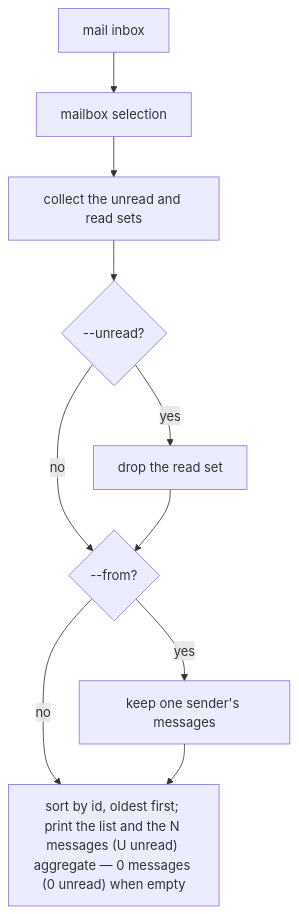
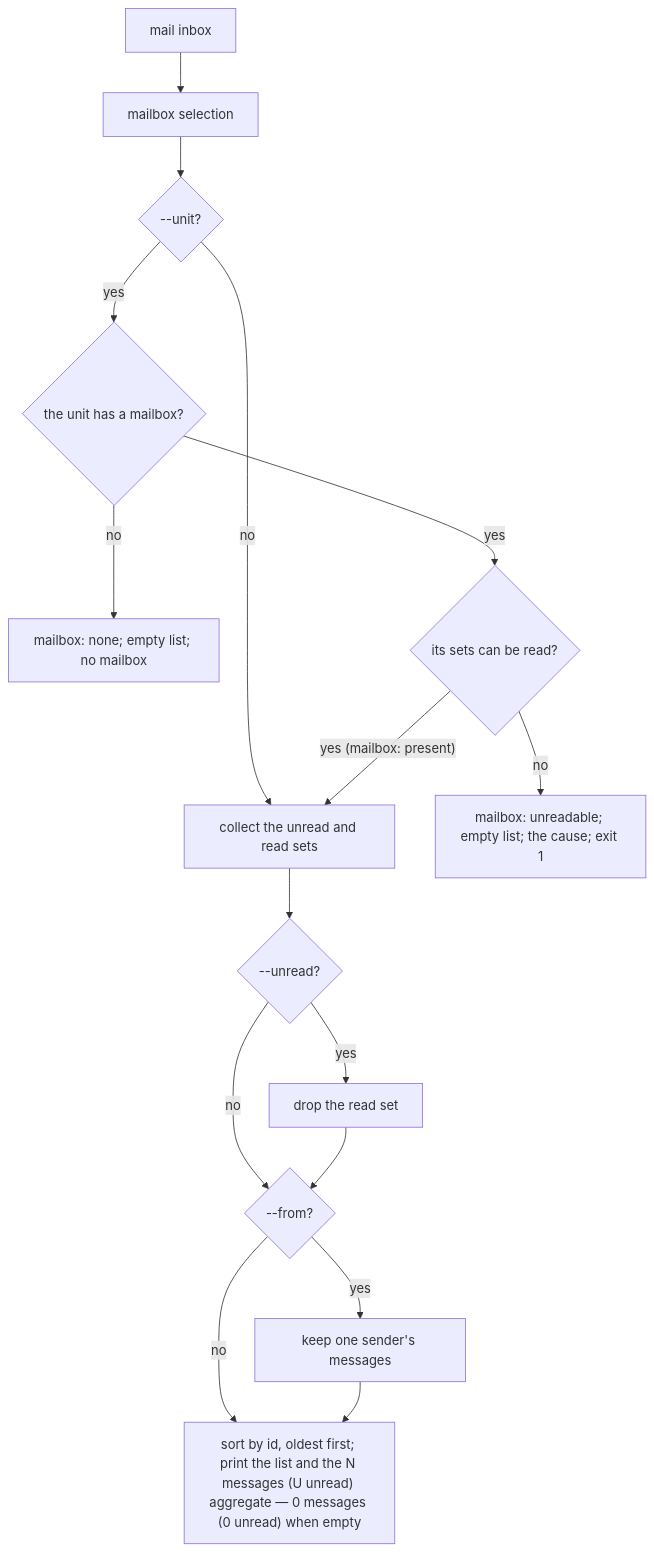
The third of 6 diagrams in packages/cyberlegion/.agents/spec/mail/core/README.md (cyberuni/cyberlegion), drawn with Mermaid before and after one commit. The commit also changed other lines of this file and 12 other files, not shown here.

First line of the commit message:
feat: list another unit's mail read-only with mail inbox --unit

````diff
--- a/packages/cyberlegion/.agents/spec/mail/core/README.md
+++ b/packages/cyberlegion/.agents/spec/mail/core/README.md
@@ -216,12 +245,18 @@
 ```mermaid
 graph TD
   IN0["mail inbox"] --> MB0["mailbox selection"]
-  MB0 --> IN1["collect the unread and read sets"]
+  MB0 --> INU{"--unit?"}
+  INU -- no --> IN1["collect the unread and read sets"]
+  INU -- yes --> INU1{"the unit has a mailbox?"}
+  INU1 -- no --> INU1N["mailbox: none; empty list; no mailbox"]
+  INU1 -- yes --> INU2{"its sets can be read?"}
+  INU2 -- no --> INU2X["mailbox: unreadable; empty list; the cause; exit 1"]
+  INU2 -- "yes (mailbox: present)" --> IN1
   IN1 --> IN2{"--unread?"}
   IN2 -- yes --> IN2U["drop the read set"]
   IN2 -- no --> IN3
   IN2U --> IN3{"--from?"}
   IN3 -- yes --> IN3F["keep one sender's messages"]
   IN3 -- no --> IN4
   IN3F --> IN4["sort by id, oldest first; print the list and the N messages (U unread) aggregate — 0 messages (0 unread) when empty"]
 ```
````
